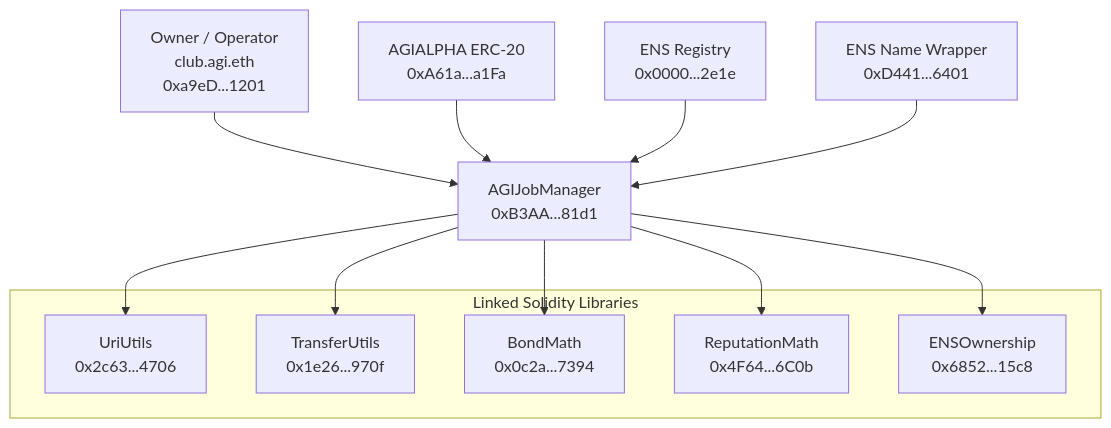
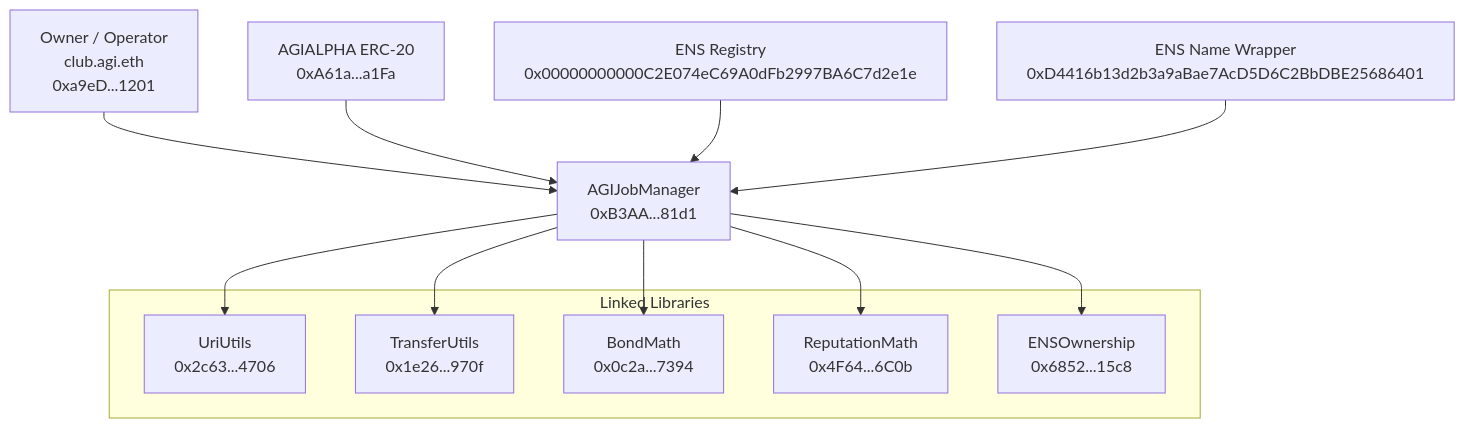
Before and after one commit to MontrealAI/AGIJobManager: the diagram in docs/DEPLOYMENT/MAINNET_OFFICIAL_DEPLOYMENT_RECORD.md, drawn with Mermaid. The commit also changed other lines of this file and 1 other file, not shown here.

````diff
--- a/docs/DEPLOYMENT/MAINNET_OFFICIAL_DEPLOYMENT_RECORD.md
+++ b/docs/DEPLOYMENT/MAINNET_OFFICIAL_DEPLOYMENT_RECORD.md
@@ -151,22 +131,22 @@
 ```mermaid
 flowchart TD
-    Owner[Owner / Operator\nclub.agi.eth\n0xa9eD...1201] --> AGI[AGIJobManager\n0xB3AA...81d1]
+    Owner[Owner / Operator\nclub.agi.eth\n0xa9eD...1201] --> AJM[AGIJobManager\n0xB3AA...81d1]
 
-    subgraph Libraries[Linked Solidity Libraries]
-        U[UriUtils\n0x2c63...4706]
-        T[TransferUtils\n0x1e26...970f]
-        B[BondMath\n0x0c2a...7394]
-        R[ReputationMath\n0x4F64...6C0b]
-        E[ENSOwnership\n0x6852...15c8]
+    subgraph LinkedLibraries[Linked Libraries]
+      U[UriUtils\n0x2c63...4706]
+      T[TransferUtils\n0x1e26...970f]
+      B[BondMath\n0x0c2a...7394]
+      R[ReputationMath\n0x4F64...6C0b]
+      E[ENSOwnership\n0x6852...15c8]
     end
 
-    AGI --> U
-    AGI --> T
-    AGI --> B
-    AGI --> R
-    AGI --> E
+    AJM --> U
+    AJM --> T
+    AJM --> B
+    AJM --> R
+    AJM --> E
 
-    Token[AGIALPHA ERC-20\n0xA61a...a1Fa] --> AGI
-    ENSReg[ENS Registry\n0x0000...2e1e] --> AGI
-    ENSWrap[ENS Name Wrapper\n0xD441...6401] --> AGI
+    Token[AGIALPHA ERC-20\n0xA61a...a1Fa] --> AJM
+    ENSReg[ENS Registry\n0x00000000000C2E074eC69A0dFb2997BA6C7d2e1e] --> AJM
+    ENSWrapper[ENS Name Wrapper\n0xD4416b13d2b3a9aBae7AcD5D6C2BbDBE25686401] --> AJM
 ```
````
